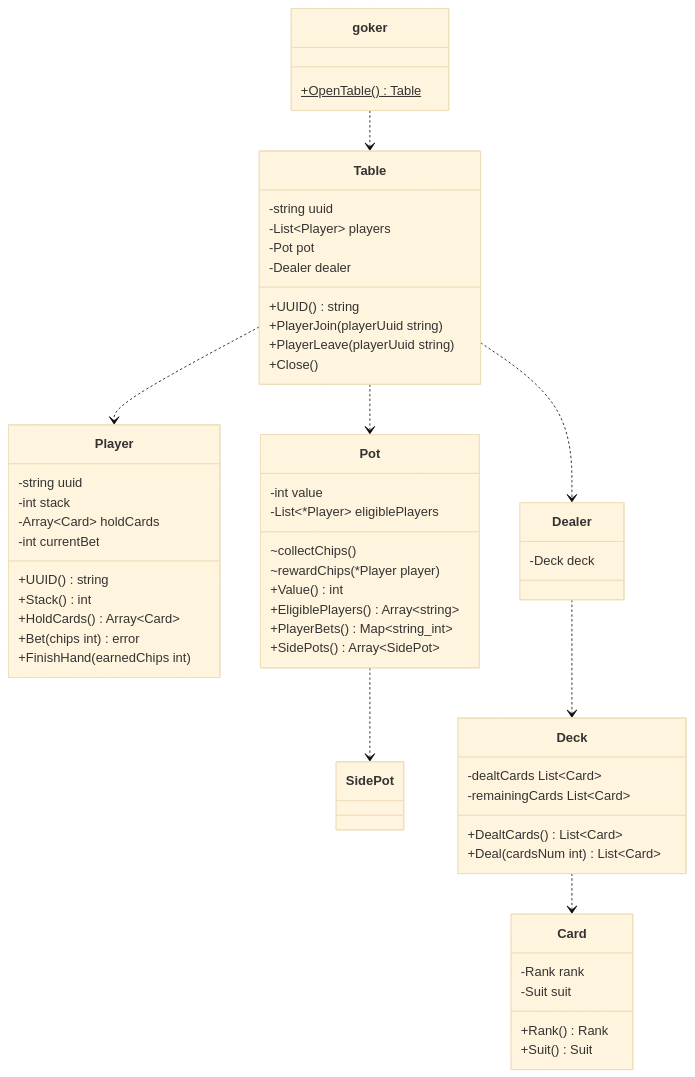
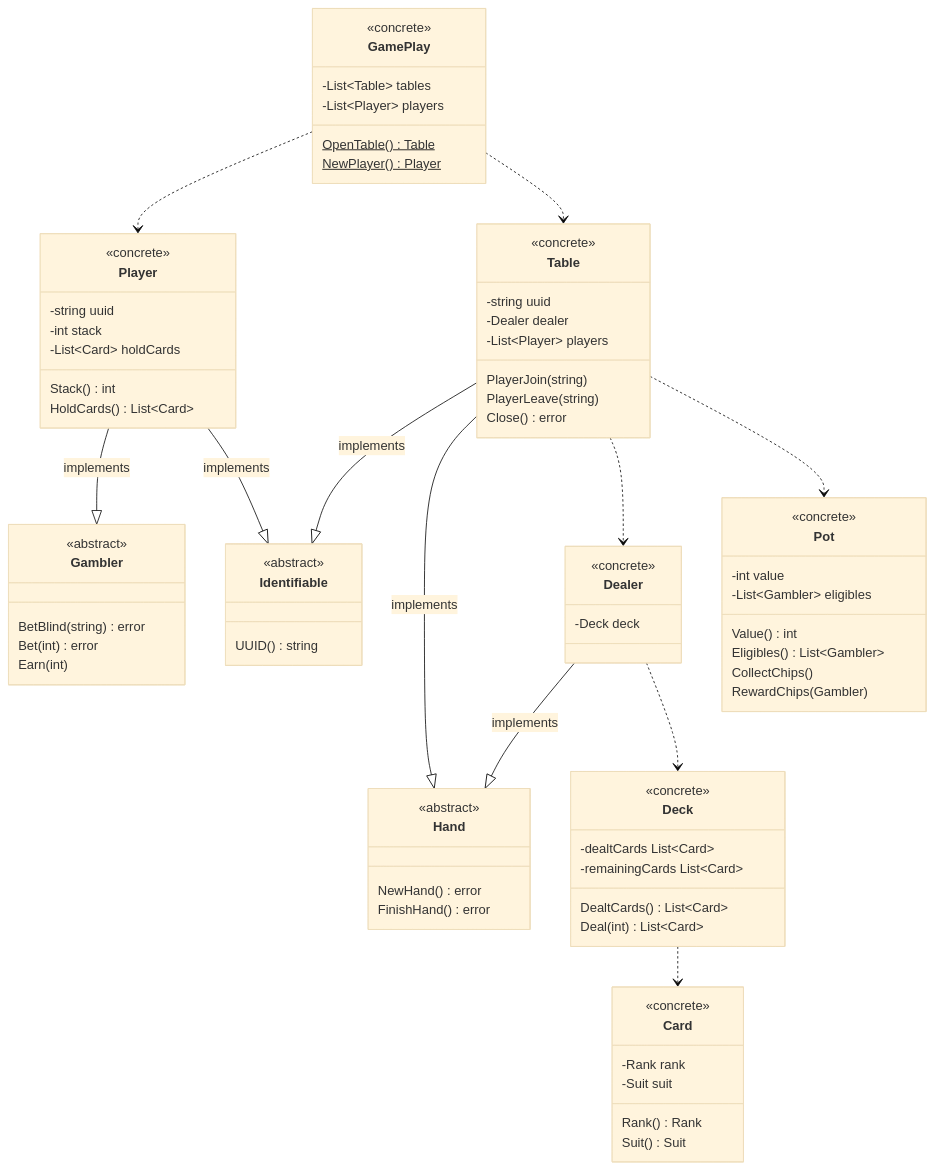
One commit to ethan605/goker changed the diagram in docs/mermaids/interfaces.mmd. Above: the diagram before and after it, drawn with Mermaid (base theme). The commit also changed 10 other files, not shown here.

```diff
--- a/docs/mermaids/interfaces.mmd
+++ b/docs/mermaids/interfaces.mmd
@@ -1,71 +1,95 @@
 classDiagram
-    goker ..> Table
-    Table ..> Player
-    Table ..> Pot
+    Table --|> Identifiable : implements
+    Table --|> Hand : implements
+    Player --|> Gambler : implements
+    Player --|> Identifiable : implements
+    Dealer --|> Hand : implements
+
+    GamePlay ..> Player
+    GamePlay ..> Table
     Table ..> Dealer
-    Pot ..> SidePot
     Dealer ..> Deck
     Deck ..> Card
+    Table ..> Pot
 
-    class goker {
-        +OpenTable()$ Table
+    class Identifiable {
+        <<abstract>>
+        UUID() string
+    }
+
+    class Hand {
+        <<abstract>>
+        NewHand() error
+        FinishHand() error
+    }
+
+    class Gambler {
+        <<abstract>>
+        BetBlind(string) error
+        Bet(int) error
+        Earn(int)
+    }
+
+    class GamePlay {
+        <<concrete>>
+        -List~Table~ tables
+        -List~Player~ players
+
+        OpenTable()$ Table
+        NewPlayer()$ Player
     }
 
     class Table {
+        <<concrete>>
         -string uuid
+        -Dealer dealer
         -List~Player~ players
-        -Pot pot
-        -Dealer dealer
 
-        +UUID() string
-        +PlayerJoin(playerUuid string)
-        +PlayerLeave(playerUuid string)
-        +Close()
+        PlayerJoin(string)
+        PlayerLeave(string)
+        Close() error
     }
 
     class Player {
+        <<concrete>>
         -string uuid
         -int stack
-        -Array~Card~ holdCards
-        -int currentBet
+        -List~Card~ holdCards
 
-        +UUID() string
-        +Stack() int
-        +HoldCards() Array~Card~
-
-        +Bet(chips int) error
-        +FinishHand(earnedChips int)
-    }
-
-    class Pot {
-        -int value
-        -List~*Player~ eligiblePlayers
-
-        ~collectChips()
-        ~rewardChips(*Player player)
-
-        +Value() int
-        +EligiblePlayers() Array~string~
-        +PlayerBets() Map~string_int~
-        +SidePots() Array~SidePot~
+        Stack() int
+        HoldCards() List~Card~
     }
 
     class Dealer {
+        <<concrete>>
         -Deck deck
     }
 
     class Deck {
+        <<concrete>>
         -dealtCards List~Card~
         -remainingCards List~Card~
 
-        +DealtCards() List~Card~
-        +Deal(cardsNum int) List~Card~
+        DealtCards() List~Card~
+        Deal(int) List~Card~
     }
 
     class Card {
+        <<concrete>>
         -Rank rank
         -Suit suit
 
-        +Rank() Rank
-        +Suit() Suit
+        Rank() Rank
+        Suit() Suit
     }
+
+    class Pot {
+        <<concrete>>
+        -int value
+        -List~Gambler~ eligibles
+
+        Value() int
+        Eligibles() List~Gambler~
+        CollectChips()
+        RewardChips(Gambler)
+    }
```
